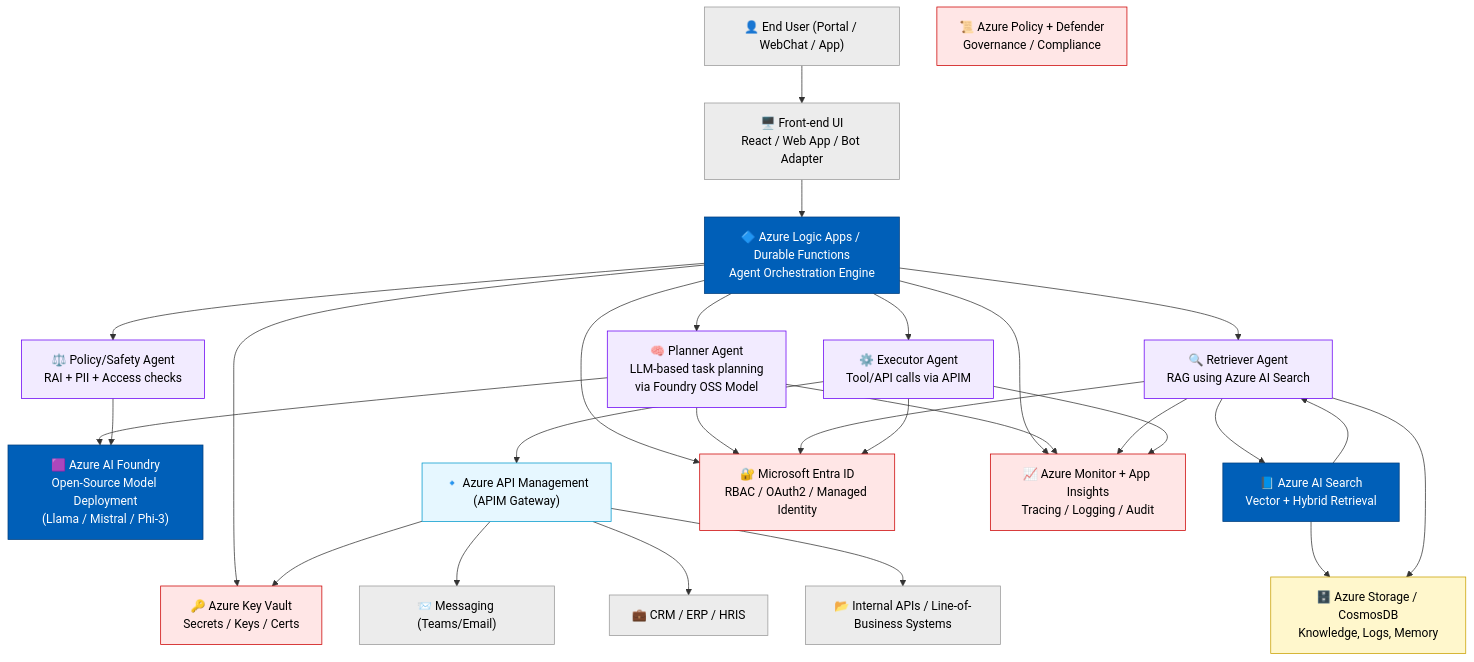
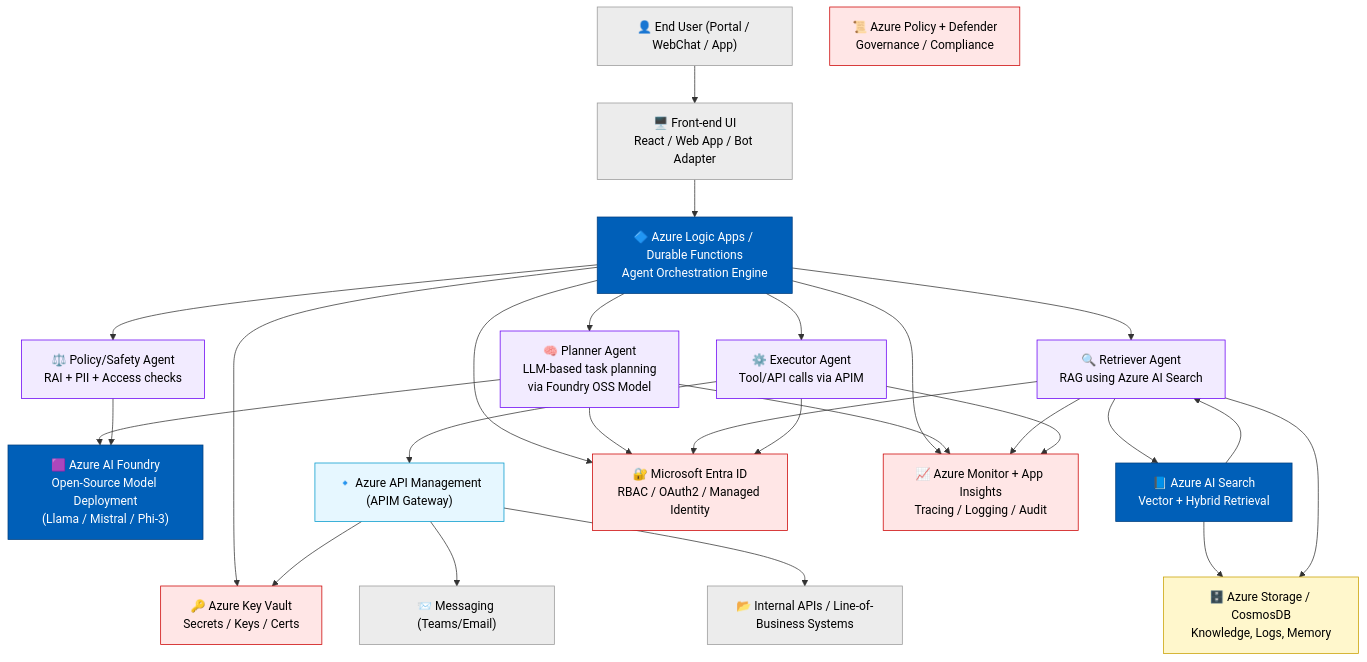
The diagram in architecture-diagram.mmd (yoglimbachia/Azure-Agent-Orchestrator), drawn with Mermaid before and after one commit.

Commit message:
Update backend services in architecture diagram

```diff
--- a/architecture-diagram.mmd
+++ b/architecture-diagram.mmd
@@ -1,107 +1,105 @@
 flowchart TB
 
 %% ===========================
 %% STYLE & ICONS (Text Labels)
 %% ===========================
 
 classDef azure fill:#005FB8,stroke:#003f7f,color:#fff;
 classDef service fill:#ececec,stroke:#999,color:#000;
 classDef agent fill:#F2EBFF,stroke:#6A00F4,color:#000;
 classDef data fill:#FFF7CC,stroke:#C9A000,color:#000;
 classDef security fill:#FFE6E6,stroke:#CC0000,color:#000;
 classDef gateway fill:#E6F7FF,stroke:#0099CC,color:#000;
 
 %% ==================================
 %%   USER + ACCESS + FRONT END
 %% ==================================
 
 User["👤 End User (Portal / WebChat / App)"]:::service
 
 UI["🖥️ Front‑end UI<br/>React / Web App / Bot Adapter"]:::service
 
 User --> UI
 
 %% ==================================
 %%   ORCHESTRATOR
 %% ==================================
 
 Orch["🔷 Azure Logic Apps / Durable Functions<br/>Agent Orchestration Engine"]:::azure
 
 UI --> Orch
 
 %% ==================================
 %%   AGENTS LAYER
 %% ==================================
 
 Planner["🧠 Planner Agent<br/>LLM-based task planning<br/>via Foundry OSS Model"]:::agent
 Retriever["🔍 Retriever Agent<br/>RAG using Azure AI Search"]:::agent
 Policy["⚖️ Policy/Safety Agent<br/>RAI + PII + Access checks"]:::agent
 Executor["⚙️ Executor Agent<br/>Tool/API calls via APIM"]:::agent
 
 Orch --> Planner
 Orch --> Retriever
 Orch --> Policy
 Orch --> Executor
 
 %% ==================================
 %%   FOUNDATIONS - MODEL LAYER
 %% ==================================
 
 FoundryOSS["🟪 Azure AI Foundry<br/>Open‑Source Model Deployment<br/>(Llama / Mistral / Phi‑3)"]:::azure
 
 Planner --> FoundryOSS
 Policy --> FoundryOSS
 
 %% ==================================
 %%   RAG LAYER
 %% ==================================
 
 AISearch["📘 Azure AI Search<br/>Vector + Hybrid Retrieval"]:::azure
 Retriever --> AISearch
 AISearch --> Retriever
 
 %% ==================================
 %%   TOOL EXECUTION
 %% ==================================
 
 APIM["🔹 Azure API Management<br/>(APIM Gateway)"]:::gateway
 Executor --> APIM
 
 Backend1["📂 Internal APIs / Line-of-Business Systems"]:::service
-Backend2["💼 CRM / ERP / HRIS"]:::service
-Backend3["📨 Messaging (Teams/Email)"]:::service
+Backend2["📨 Messaging (Teams/Email)"]:::service
 
 APIM --> Backend1
 APIM --> Backend2
-APIM --> Backend3
 
 %% ==================================
 %%   SECURITY / GOVERNANCE / IDENTITY
 %% ==================================
 
 Entra["🔐 Microsoft Entra ID<br/>RBAC / OAuth2 / Managed Identity"]:::security
 KeyVault["🔑 Azure Key Vault<br/>Secrets / Keys / Certs"]:::security
 Monitor["📈 Azure Monitor + App Insights<br/>Tracing / Logging / Audit"]:::security
 PolicySvc["📜 Azure Policy + Defender<br/>Governance / Compliance"]:::security
 
 %% Connections
 Orch --> Entra
 Planner --> Entra
 Retriever --> Entra
 Executor --> Entra
 
 Orch --> KeyVault
 APIM --> KeyVault
 
 Orch --> Monitor
 Planner --> Monitor
 Retriever --> Monitor
 Executor --> Monitor
 
 %% ==================================
 %%   DATA SOURCES
 %% ==================================
 
 Storage["🗄️ Azure Storage / CosmosDB<br/>Knowledge, Logs, Memory"]:::data
 AISearch --> Storage
 Retriever --> Storage
```
